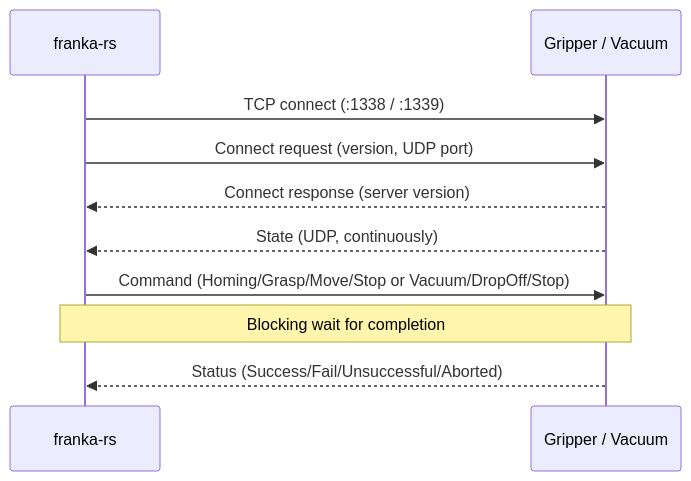
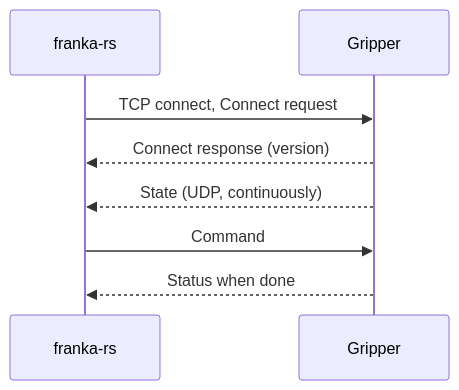
The diagram in docs/src/gripper.md (ColeTen/franka-rs), drawn with Mermaid before and after one commit. The commit also changed other lines of this file and 28 other files, not shown here.

````diff
--- a/docs/src/gripper.md
+++ b/docs/src/gripper.md
@@ -107,14 +40,10 @@
 ```mermaid
 sequenceDiagram
-    participant App as franka-rs
-    participant Gripper as Gripper / Vacuum
-
-    App->>Gripper: TCP connect (:1338 / :1339)
-    App->>Gripper: Connect request (version, UDP port)
-    Gripper-->>App: Connect response (server version)
-    Gripper-->>App: State (UDP, continuously)
-
-    App->>Gripper: Command (Homing/Grasp/Move/Stop or Vacuum/DropOff/Stop)
-    Note over App,Gripper: Blocking wait for completion
-    Gripper-->>App: Status (Success/Fail/Unsuccessful/Aborted)
+    participant A as franka-rs
+    participant G as Gripper
+    A->>G: TCP connect, Connect request
+    G-->>A: Connect response (version)
+    G-->>A: State (UDP, continuously)
+    A->>G: Command
+    G-->>A: Status when done
 ```
````
